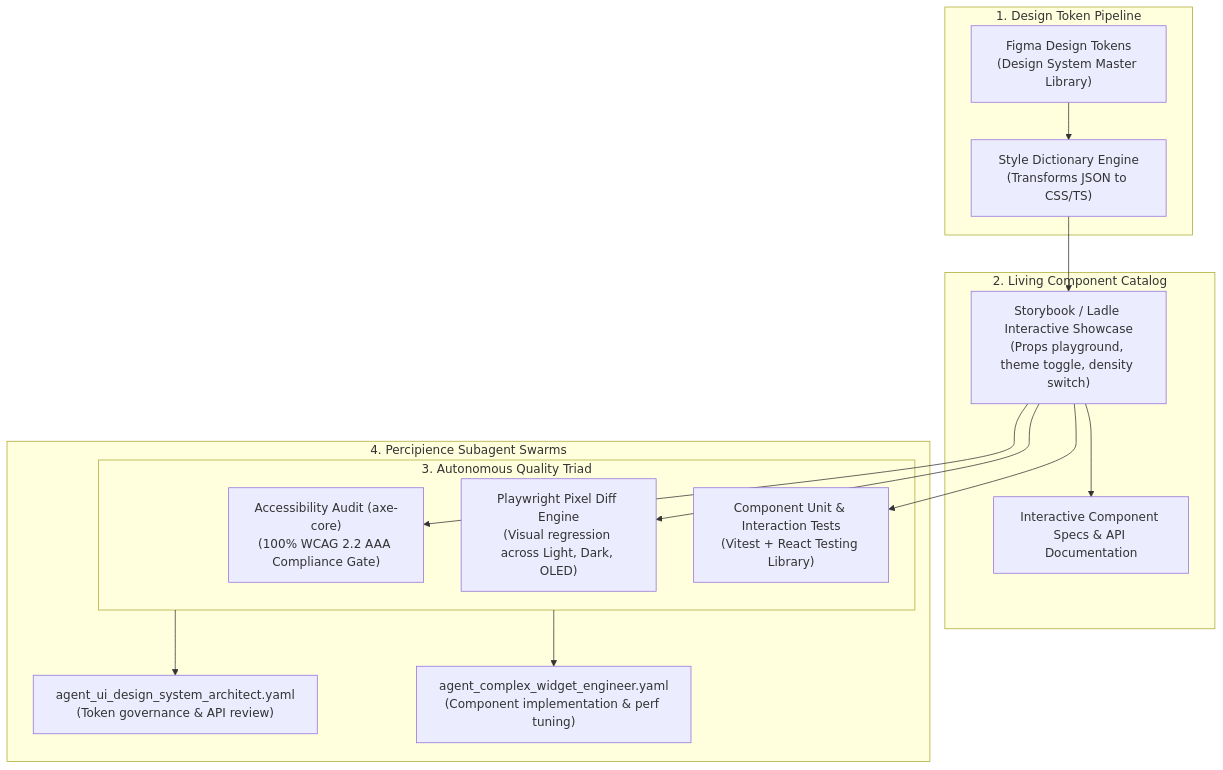
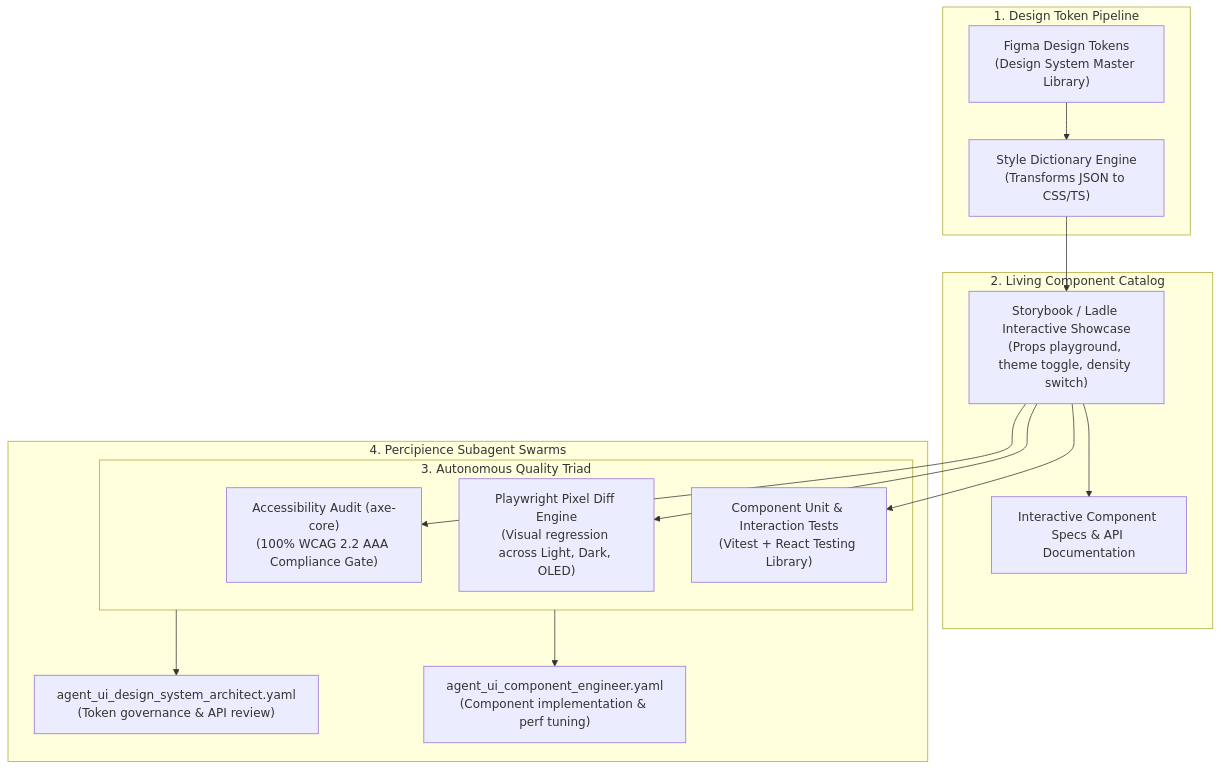
One commit to lakhwindersingh/nb_fairyfly changed the diagram in .nb/plan/master/enterprise-ui-design-system/modules/06_governance_testing_and_component_showcase.md. Above: the diagram before and after it, drawn with Mermaid. The commit also changed other lines of this file and 25 other files, not shown here.

````diff
--- a/.nb/plan/master/enterprise-ui-design-system/modules/06_governance_testing_and_component_showcase.md
+++ b/.nb/plan/master/enterprise-ui-design-system/modules/06_governance_testing_and_component_showcase.md
@@ -18,31 +18,31 @@
 ```mermaid
 graph TD
   subgraph TokenSync["1. Design Token Pipeline"]
     Figma["Figma Design Tokens<br/>(Design System Master Library)"]
     StyleDict["Style Dictionary Engine<br/>(Transforms JSON to CSS/TS)"]
     Figma --> StyleDict
   end
 
   subgraph ComponentShowcase["2. Living Component Catalog"]
     Storybook["Storybook / Ladle Interactive Showcase<br/>(Props playground, theme toggle, density switch)"]
     DocsMDX["Interactive Component Specs & API Documentation"]
     StyleDict --> Storybook
     Storybook --> DocsMDX
   end
 
   subgraph TestingTriad["3. Autonomous Quality Triad"]
     AxeCore["Accessibility Audit (axe-core)<br/>(100% WCAG 2.2 AAA Compliance Gate)"]
     PlaywrightVisual["Playwright Pixel Diff Engine<br/>(Visual regression across Light, Dark, OLED)"]
     UnitTests["Component Unit & Interaction Tests<br/>(Vitest + React Testing Library)"]
     Storybook --> AxeCore
     Storybook --> PlaywrightVisual
     Storybook --> UnitTests
   end
 
   subgraph AgentGovernance["4. Percipience Subagent Swarms"]
     AgentArchitect["agent_ui_design_system_architect.yaml<br/>(Token governance & API review)"]
-    AgentEngineer["agent_complex_widget_engineer.yaml<br/>(Component implementation & perf tuning)"]
+    AgentEngineer["agent_ui_component_engineer.yaml<br/>(Component implementation & perf tuning)"]
     TestingTriad --> AgentArchitect
     TestingTriad --> AgentEngineer
   end
 ```
````
